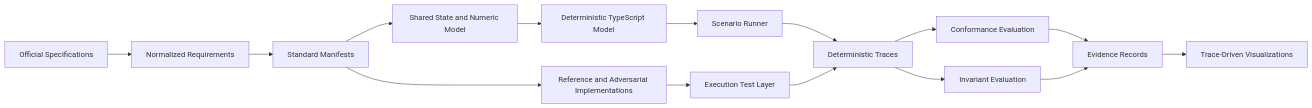
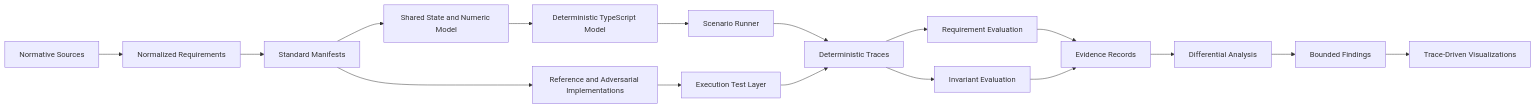
One commit to valeriusvarda/spectra-asset-protocol-lab changed the diagram in README.md. Above: the diagram before and after it, drawn with Mermaid. The commit also changed other lines of this file, not shown here.

First line of the commit message:
docs(readme): establish research operating model

````diff
--- a/README.md
+++ b/README.md
@@ -717,24 +764,26 @@
 ```mermaid
 flowchart LR
-    A[Official Specifications] --> B[Normalized Requirements]
+    A[Normative Sources] --> B[Normalized Requirements]
     B --> C[Standard Manifests]
 
     C --> D[Shared State and Numeric Model]
+    D --> E[Deterministic TypeScript Model]
 
-    D --> E[Deterministic TypeScript Model]
     C --> F[Reference and Adversarial Implementations]
 
     E --> G[Scenario Runner]
     F --> H[Execution Test Layer]
 
     G --> I[Deterministic Traces]
     H --> I
 
-    I --> J[Conformance Evaluation]
+    I --> J[Requirement Evaluation]
     I --> K[Invariant Evaluation]
 
     J --> L[Evidence Records]
     K --> L
 
-    L --> M[Trace-Driven Visualizations]
+    L --> M[Differential Analysis]
+    M --> N[Bounded Findings]
+    N --> O[Trace-Driven Visualizations]
 ```
````
